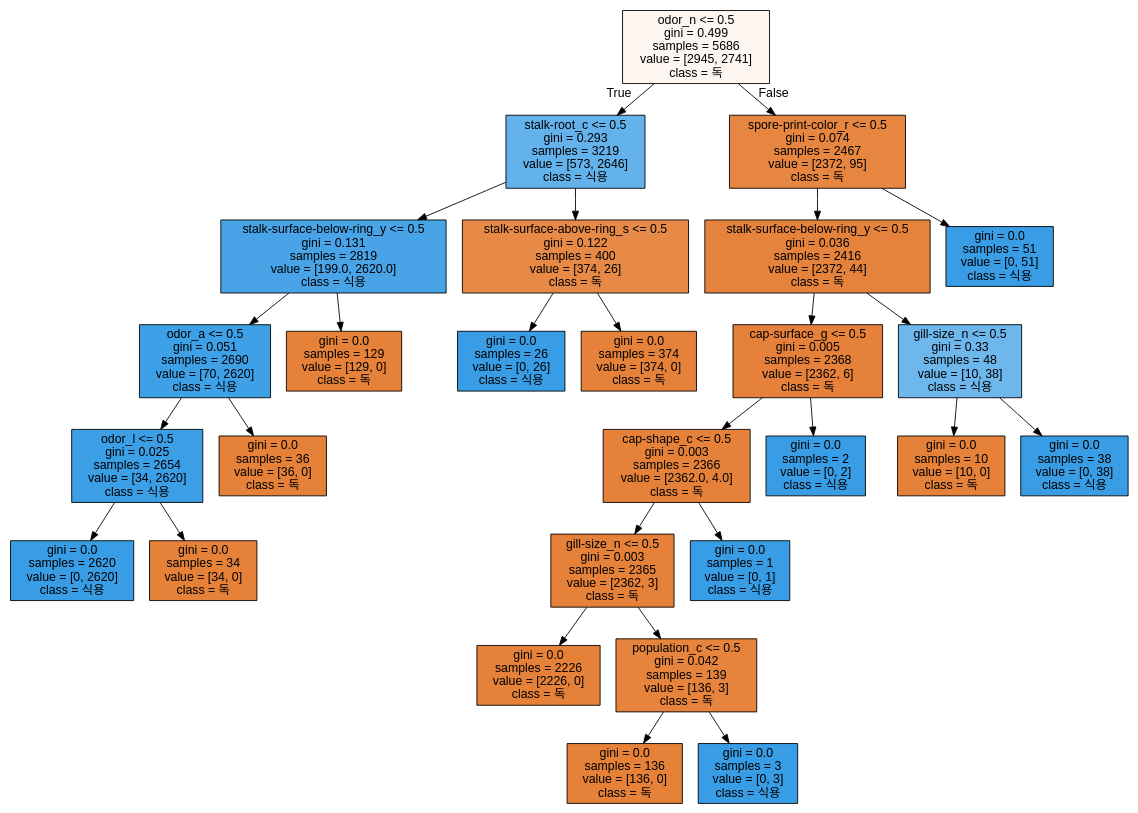
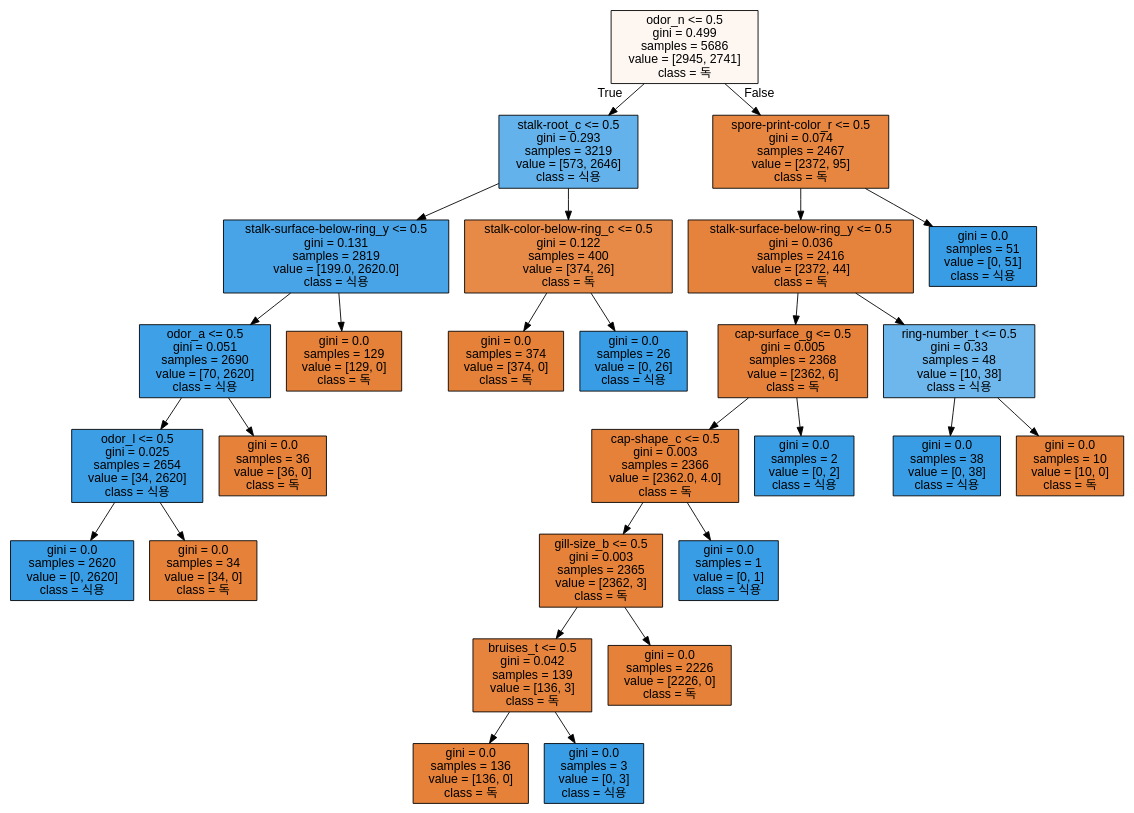
Before and after one commit to anhyunji494/python-basic: the diagram in 5. Machine Learning/data/tree1.dot, drawn with Graphviz. The commit also changed 5 other files, not shown here.

```diff
--- a/5. Machine Learning/data/tree1.dot
+++ b/5. Machine Learning/data/tree1.dot
@@ -1,57 +1,57 @@
 digraph Tree {
 node [shape=box, style="filled", color="black", fontname="helvetica"] ;
 edge [fontname="helvetica"] ;
 0 [label="odor_n <= 0.5\ngini = 0.499\nsamples = 5686\nvalue = [2945, 2741]\nclass = 독", fillcolor="#fdf6f1"] ;
 1 [label="stalk-root_c <= 0.5\ngini = 0.293\nsamples = 3219\nvalue = [573, 2646]\nclass = 식용", fillcolor="#64b2eb"] ;
 0 -> 1 [labeldistance=2.5, labelangle=45, headlabel="True"] ;
 2 [label="stalk-surface-below-ring_y <= 0.5\ngini = 0.131\nsamples = 2819\nvalue = [199.0, 2620.0]\nclass = 식용", fillcolor="#48a4e7"] ;
 1 -> 2 ;
 3 [label="odor_a <= 0.5\ngini = 0.051\nsamples = 2690\nvalue = [70, 2620]\nclass = 식용", fillcolor="#3ea0e6"] ;
 2 -> 3 ;
 4 [label="odor_l <= 0.5\ngini = 0.025\nsamples = 2654\nvalue = [34, 2620]\nclass = 식용", fillcolor="#3c9ee5"] ;
 3 -> 4 ;
 5 [label="gini = 0.0\nsamples = 2620\nvalue = [0, 2620]\nclass = 식용", fillcolor="#399de5"] ;
 4 -> 5 ;
 6 [label="gini = 0.0\nsamples = 34\nvalue = [34, 0]\nclass = 독", fillcolor="#e58139"] ;
 4 -> 6 ;
 7 [label="gini = 0.0\nsamples = 36\nvalue = [36, 0]\nclass = 독", fillcolor="#e58139"] ;
 3 -> 7 ;
 8 [label="gini = 0.0\nsamples = 129\nvalue = [129, 0]\nclass = 독", fillcolor="#e58139"] ;
 2 -> 8 ;
-9 [label="stalk-surface-above-ring_s <= 0.5\ngini = 0.122\nsamples = 400\nvalue = [374, 26]\nclass = 독", fillcolor="#e78a47"] ;
+9 [label="stalk-color-below-ring_c <= 0.5\ngini = 0.122\nsamples = 400\nvalue = [374, 26]\nclass = 독", fillcolor="#e78a47"] ;
 1 -> 9 ;
-10 [label="gini = 0.0\nsamples = 26\nvalue = [0, 26]\nclass = 식용", fillcolor="#399de5"] ;
+10 [label="gini = 0.0\nsamples = 374\nvalue = [374, 0]\nclass = 독", fillcolor="#e58139"] ;
 9 -> 10 ;
-11 [label="gini = 0.0\nsamples = 374\nvalue = [374, 0]\nclass = 독", fillcolor="#e58139"] ;
+11 [label="gini = 0.0\nsamples = 26\nvalue = [0, 26]\nclass = 식용", fillcolor="#399de5"] ;
 9 -> 11 ;
 12 [label="spore-print-color_r <= 0.5\ngini = 0.074\nsamples = 2467\nvalue = [2372, 95]\nclass = 독", fillcolor="#e68641"] ;
 0 -> 12 [labeldistance=2.5, labelangle=-45, headlabel="False"] ;
 13 [label="stalk-surface-below-ring_y <= 0.5\ngini = 0.036\nsamples = 2416\nvalue = [2372, 44]\nclass = 독", fillcolor="#e5833d"] ;
 12 -> 13 ;
 14 [label="cap-surface_g <= 0.5\ngini = 0.005\nsamples = 2368\nvalue = [2362, 6]\nclass = 독", fillcolor="#e5813a"] ;
 13 -> 14 ;
 15 [label="cap-shape_c <= 0.5\ngini = 0.003\nsamples = 2366\nvalue = [2362.0, 4.0]\nclass = 독", fillcolor="#e58139"] ;
 14 -> 15 ;
-16 [label="gill-size_n <= 0.5\ngini = 0.003\nsamples = 2365\nvalue = [2362, 3]\nclass = 독", fillcolor="#e58139"] ;
+16 [label="gill-size_b <= 0.5\ngini = 0.003\nsamples = 2365\nvalue = [2362, 3]\nclass = 독", fillcolor="#e58139"] ;
 15 -> 16 ;
-17 [label="gini = 0.0\nsamples = 2226\nvalue = [2226, 0]\nclass = 독", fillcolor="#e58139"] ;
+17 [label="bruises_t <= 0.5\ngini = 0.042\nsamples = 139\nvalue = [136, 3]\nclass = 독", fillcolor="#e6843d"] ;
 16 -> 17 ;
-18 [label="population_c <= 0.5\ngini = 0.042\nsamples = 139\nvalue = [136, 3]\nclass = 독", fillcolor="#e6843d"] ;
-16 -> 18 ;
-19 [label="gini = 0.0\nsamples = 136\nvalue = [136, 0]\nclass = 독", fillcolor="#e58139"] ;
-18 -> 19 ;
-20 [label="gini = 0.0\nsamples = 3\nvalue = [0, 3]\nclass = 식용", fillcolor="#399de5"] ;
-18 -> 20 ;
+18 [label="gini = 0.0\nsamples = 136\nvalue = [136, 0]\nclass = 독", fillcolor="#e58139"] ;
+17 -> 18 ;
+19 [label="gini = 0.0\nsamples = 3\nvalue = [0, 3]\nclass = 식용", fillcolor="#399de5"] ;
+17 -> 19 ;
+20 [label="gini = 0.0\nsamples = 2226\nvalue = [2226, 0]\nclass = 독", fillcolor="#e58139"] ;
+16 -> 20 ;
 21 [label="gini = 0.0\nsamples = 1\nvalue = [0, 1]\nclass = 식용", fillcolor="#399de5"] ;
 15 -> 21 ;
 22 [label="gini = 0.0\nsamples = 2\nvalue = [0, 2]\nclass = 식용", fillcolor="#399de5"] ;
 14 -> 22 ;
-23 [label="gill-size_n <= 0.5\ngini = 0.33\nsamples = 48\nvalue = [10, 38]\nclass = 식용", fillcolor="#6db7ec"] ;
+23 [label="ring-number_t <= 0.5\ngini = 0.33\nsamples = 48\nvalue = [10, 38]\nclass = 식용", fillcolor="#6db7ec"] ;
 13 -> 23 ;
-24 [label="gini = 0.0\nsamples = 10\nvalue = [10, 0]\nclass = 독", fillcolor="#e58139"] ;
+24 [label="gini = 0.0\nsamples = 38\nvalue = [0, 38]\nclass = 식용", fillcolor="#399de5"] ;
 23 -> 24 ;
-25 [label="gini = 0.0\nsamples = 38\nvalue = [0, 38]\nclass = 식용", fillcolor="#399de5"] ;
+25 [label="gini = 0.0\nsamples = 10\nvalue = [10, 0]\nclass = 독", fillcolor="#e58139"] ;
 23 -> 25 ;
 26 [label="gini = 0.0\nsamples = 51\nvalue = [0, 51]\nclass = 식용", fillcolor="#399de5"] ;
 12 -> 26 ;
 }
```
